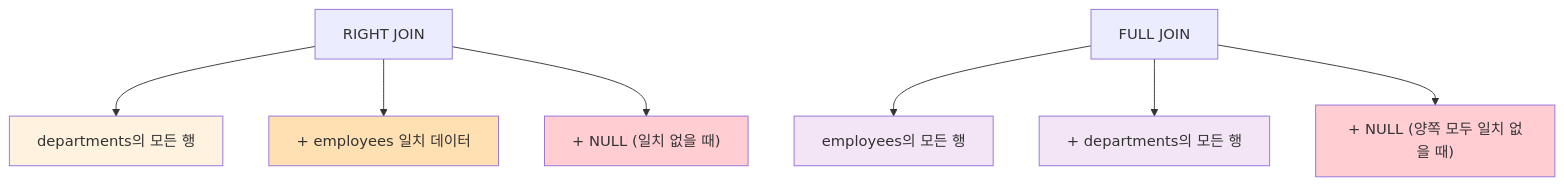
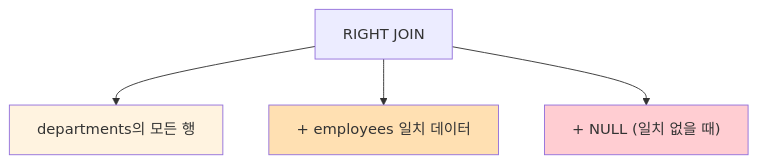
Before and after one commit to peterchokr/database: the second of 5 diagrams in 강의노트/06_JOIN_Advanced.md, drawn with Mermaid.

````diff
--- a/강의노트/06_JOIN_Advanced.md
+++ b/강의노트/06_JOIN_Advanced.md
@@ -99,17 +99,13 @@
 ```mermaid
 graph TB
     A["RIGHT JOIN"] --> A1["departments의 모든 행"]
     A --> A2["+ employees 일치 데이터"]
     A --> A3["+ NULL (일치 없을 때)"]
   
-    B["FULL JOIN"] --> B1["employees의 모든 행"]
-    B --> B2["+ departments의 모든 행"]
-    B --> B3["+ NULL (양쪽 모두 일치 없을 때)"]
+
   
     style A1 fill:#fff3e0
     style A2 fill:#ffe0b2
     style A3 fill:#ffcdd2
-    style B1 fill:#f3e5f5
-    style B2 fill:#f3e5f5
-    style B3 fill:#ffcdd2
+
 ```
````
